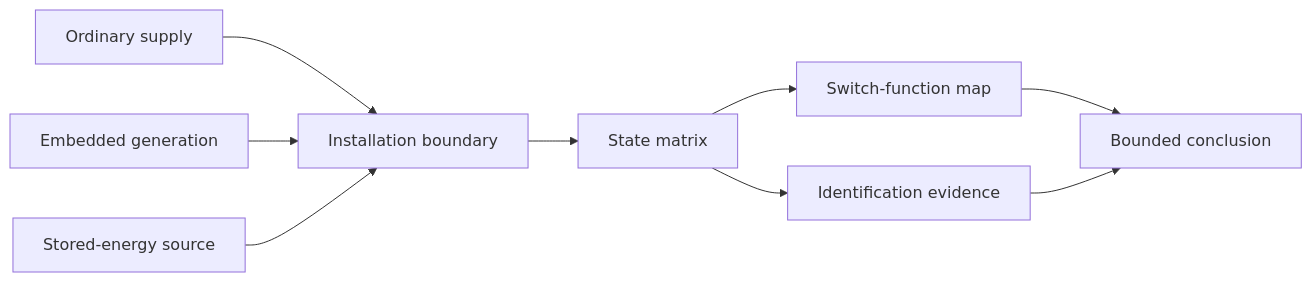
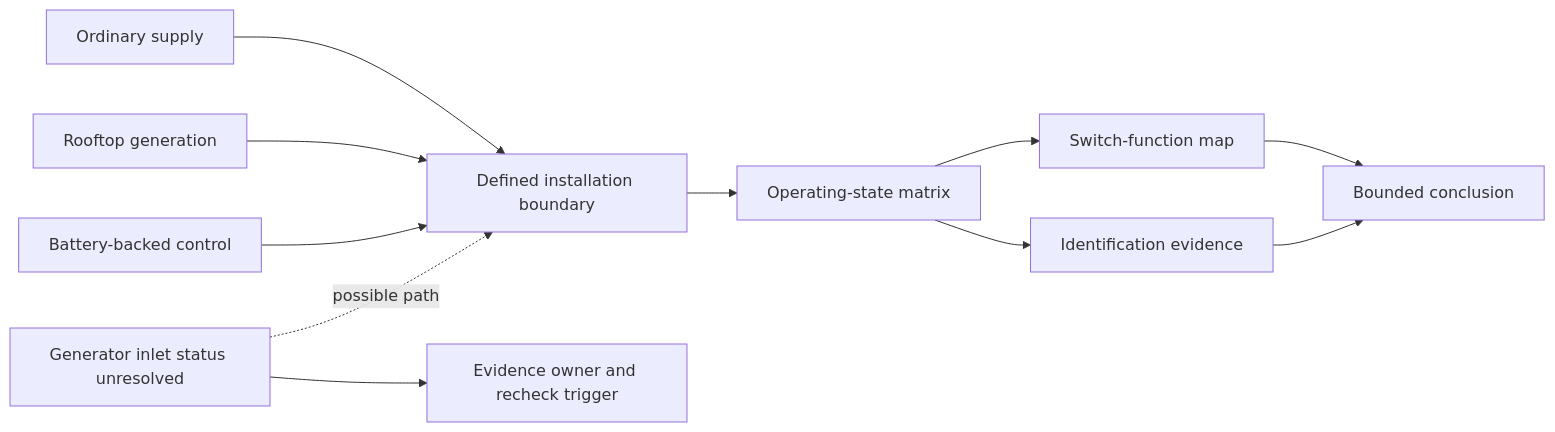
One commit to andrew3stedall/capstone changed the third of 3 diagrams in docs/learning-plans/12-week/modules/day-37-main-switches-alternate-supplies-and-source-identification.md. Above: the diagram before and after it, drawn with Mermaid. The commit also changed other lines of this file, not shown here.

Commit message:
Improve Day 37 source-identification module

````diff
--- a/docs/learning-plans/12-week/modules/day-37-main-switches-alternate-supplies-and-source-identification.md
+++ b/docs/learning-plans/12-week/modules/day-37-main-switches-alternate-supplies-and-source-identification.md
@@ -79,11 +139,13 @@
 ```mermaid
 flowchart LR
-    A[Ordinary supply] --> D[Installation boundary]
-    B[Embedded generation] --> D
-    C[Stored-energy source] --> D
-    D --> E[State matrix]
+    A[Ordinary supply] --> D[Defined installation boundary]
+    B[Rooftop generation] --> D
+    C[Battery-backed control] --> D
+    X[Generator inlet status unresolved] -. possible path .-> D
+    D --> E[Operating-state matrix]
     E --> F[Switch-function map]
     E --> G[Identification evidence]
     F --> H[Bounded conclusion]
     G --> H
+    X --> I[Evidence owner and recheck trigger]
 ```
````
